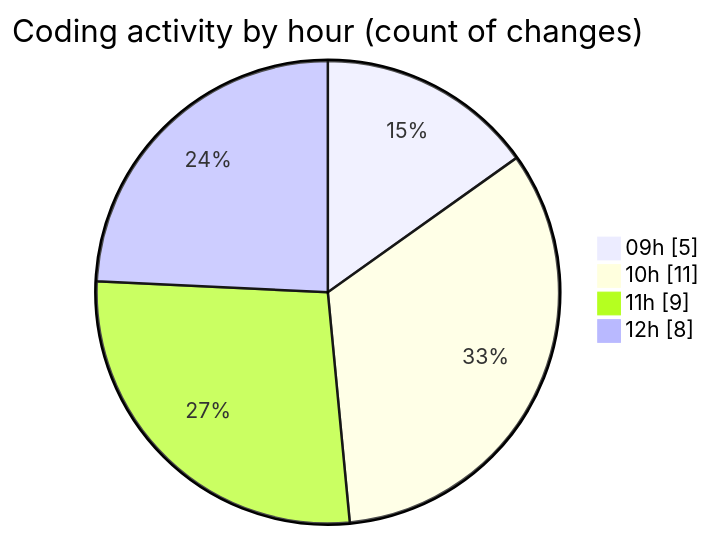
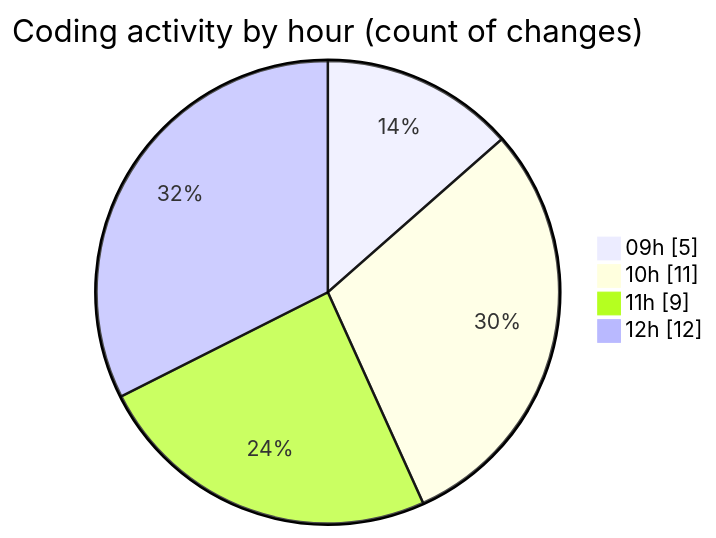
The second of 2 diagrams in 2025-03-11/cda/README.md (momahboobian/code-tracking), drawn with Mermaid before and after one commit. The commit also changed other lines of this file and 1 other file, not shown here.

````diff
--- a/2025-03-11/cda/README.md
+++ b/2025-03-11/cda/README.md
@@ -40,8 +40,8 @@
 ```mermaid
 pie showData
 title Coding activity by hour (count of changes)
 "09h" : 5
 "10h" : 11
 "11h" : 9
-"12h" : 8
+"12h" : 12
 ```
````
